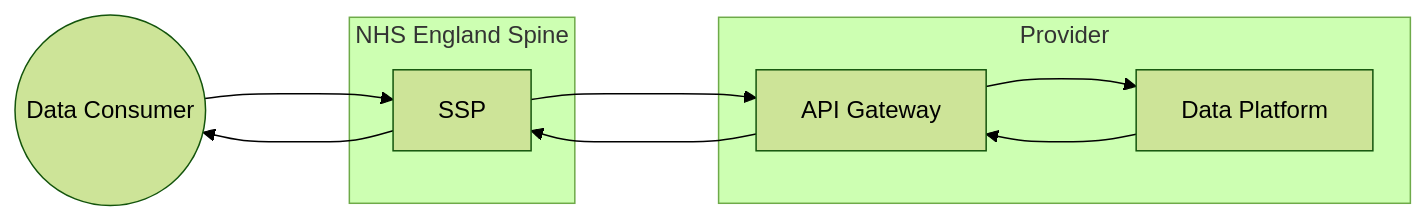
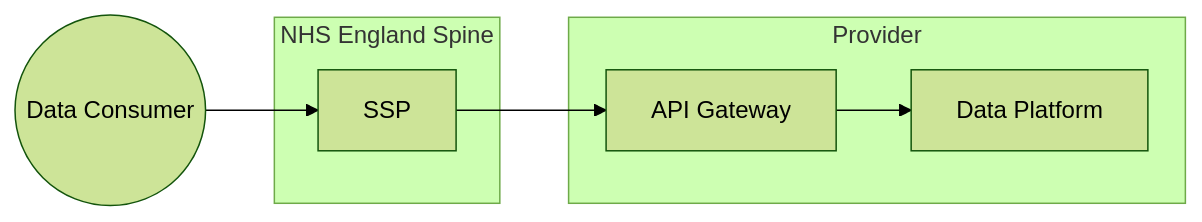
The fifth of 5 diagrams in input/pagecontent/api-security.md (uk-gov-mirror/nw-gmsa.nw-gmsa.github.com), drawn with Mermaid (forest theme) before and after one commit.

````diff
--- a/input/pagecontent/api-security.md
+++ b/input/pagecontent/api-security.md
@@ -192,23 +192,21 @@
 ```mermaid
 graph LR
 
 consumer((Data Consumer))
 
 
 subgraph Provider
    APIGateway[API Gateway]
    DP[Data Platform] 
 
 end
 
 subgraph Spine[NHS England Spine]
     SSP
 end
 
 consumer --> SSP
 SSP --> APIGateway
 APIGateway --> DP
-DP ---> APIGateway
-APIGateway ---> SSP
-SSP ---> consumer
+
 ```
````
